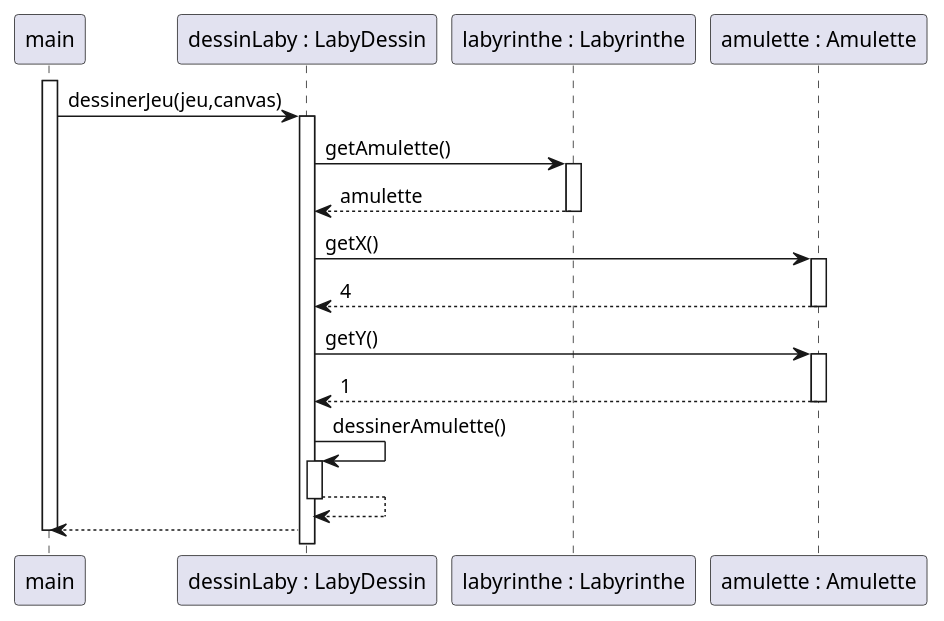
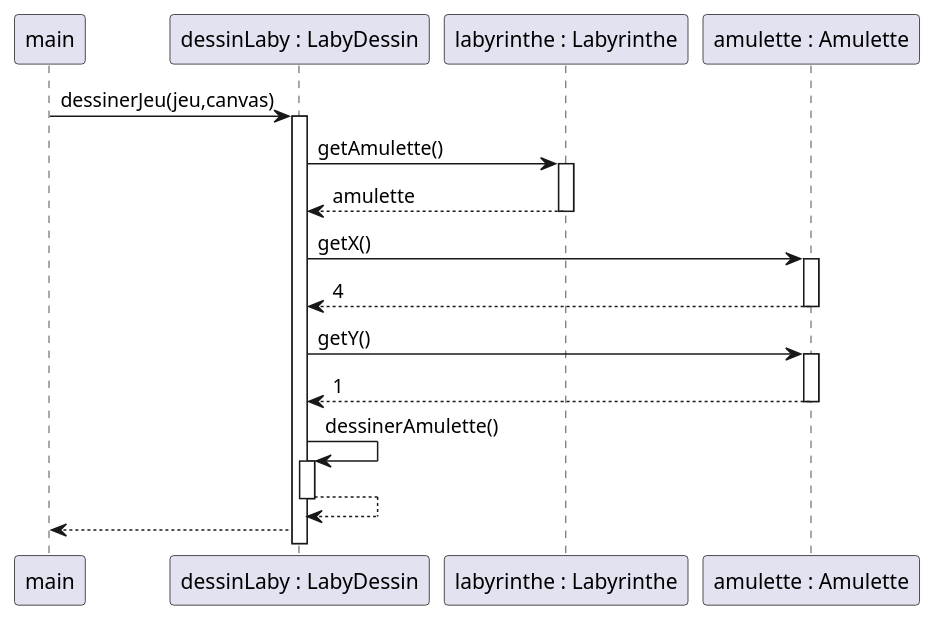
Before and after one commit to TanguyFox/2022_Zeldiablo_renard136u_seiler33u_serrier26u_arcelin1u: the diagram in documents/version_3/DiagrammeSequenceAmuletteGraphique.puml, drawn with PlantUML. The commit also changed 6 other files, not shown here.

Commit message:
Diagrammes

```diff
--- a/documents/version_3/DiagrammeSequenceAmuletteGraphique.puml
+++ b/documents/version_3/DiagrammeSequenceAmuletteGraphique.puml
@@ -1,28 +1,28 @@
 @startuml
 'https://plantuml.com/sequence-diagram
 participant "main" as MAIN
 participant "dessinLaby : LabyDessin" as LD
 participant "labyrinthe : Labyrinthe" as L
 participant "amulette : Amulette" as A
-activate MAIN
+
 MAIN -> LD : dessinerJeu(jeu,canvas)
 activate LD
 LD -> L : getAmulette()
 activate L
 L --> LD : amulette
 deactivate L
 LD -> A : getX()
 activate A
 A --> LD : 4
 deactivate A
 LD -> A : getY()
 activate A
 A --> LD : 1
 deactivate A
 LD -> LD : dessinerAmulette()
 activate LD
 LD --> LD
 deactivate LD
 LD --> MAIN
-deactivate MAIN
+
 @enduml
```
